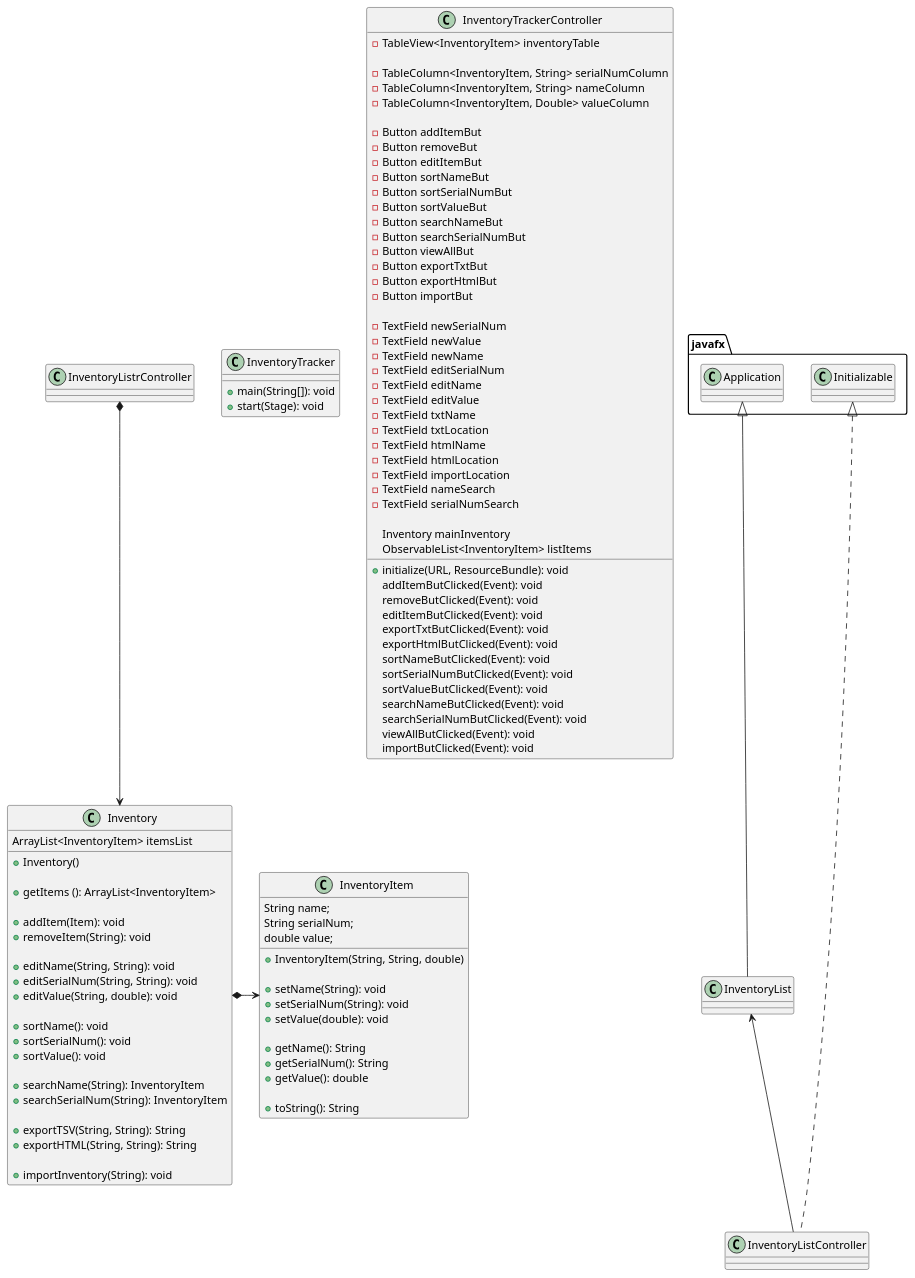
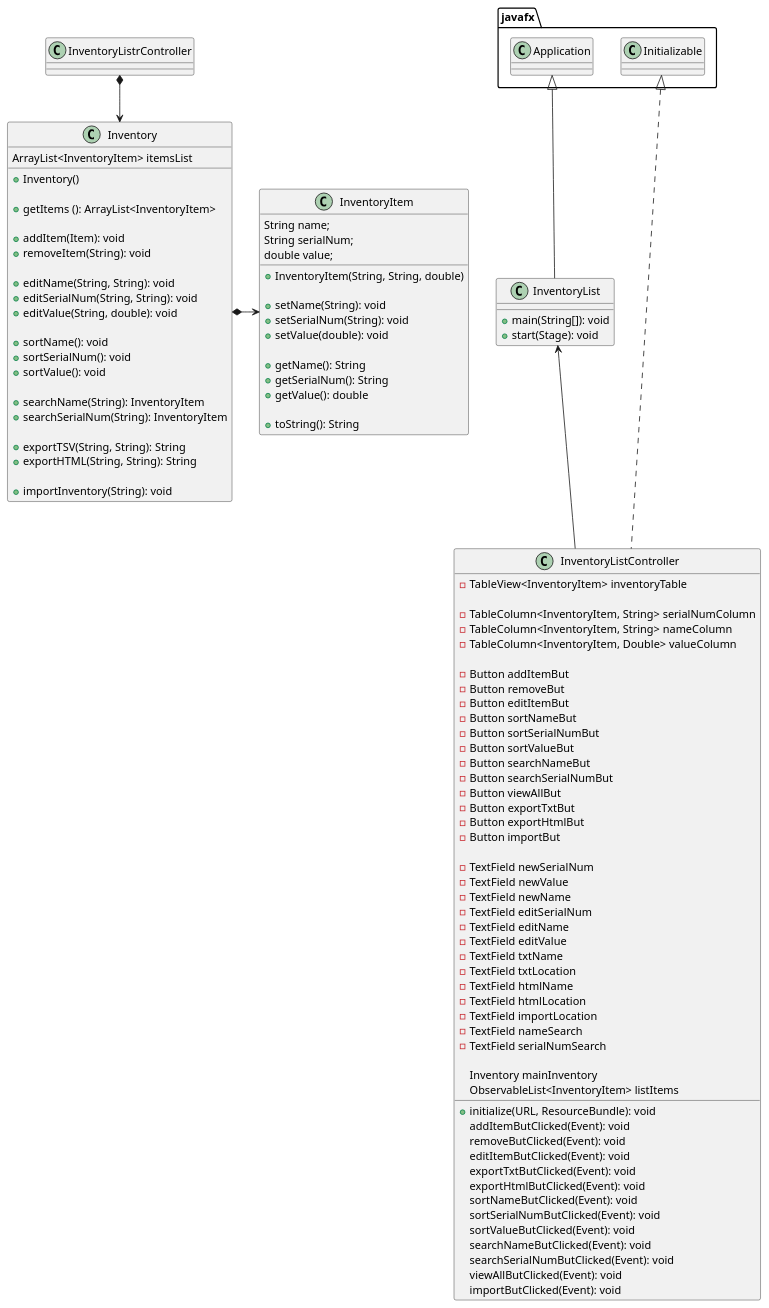
One commit to graciebliss/bliss-6995-a5 changed the diagram in diagrams.puml. Above: the diagram before and after it, drawn with PlantUML.

```diff
--- a/diagrams.puml
+++ b/diagrams.puml
@@ -1,113 +1,113 @@
 @startuml
 'https://plantuml.com/class-diagram
 
-class InventoryTracker {
+class InventoryList {
     + main(String[]): void
     + start(Stage): void
 }
 
-class InventoryTrackerController {
+class InventoryListController {
 
      - TableView<InventoryItem> inventoryTable
 
      - TableColumn<InventoryItem, String> serialNumColumn
      - TableColumn<InventoryItem, String> nameColumn
      - TableColumn<InventoryItem, Double> valueColumn
 
      - Button addItemBut
      - Button removeBut
      - Button editItemBut
      - Button sortNameBut
      - Button sortSerialNumBut
      - Button sortValueBut
      - Button searchNameBut
      - Button searchSerialNumBut
      - Button viewAllBut
      - Button exportTxtBut
      - Button exportHtmlBut
      - Button importBut
 
      - TextField newSerialNum
      - TextField newValue
      - TextField newName
      - TextField editSerialNum
      - TextField editName
      - TextField editValue
      - TextField txtName
      - TextField txtLocation
      - TextField htmlName
      - TextField htmlLocation
      - TextField importLocation
      - TextField nameSearch
      - TextField serialNumSearch
 
      Inventory mainInventory
      ObservableList<InventoryItem> listItems
 
      +initialize(URL, ResourceBundle): void
      addItemButClicked(Event): void
      removeButClicked(Event): void
      editItemButClicked(Event): void
      exportTxtButClicked(Event): void
      exportHtmlButClicked(Event): void
      sortNameButClicked(Event): void
      sortSerialNumButClicked(Event): void
      sortValueButClicked(Event): void
      searchNameButClicked(Event): void
      searchSerialNumButClicked(Event): void
      viewAllButClicked(Event): void
      importButClicked(Event): void
 }
 
 class Inventory {
     ArrayList<InventoryItem> itemsList
 
     + Inventory()
 
     + getItems (): ArrayList<InventoryItem>
 
     + addItem(Item): void
     + removeItem(String): void
 
     + editName(String, String): void
     + editSerialNum(String, String): void
     + editValue(String, double): void
 
     + sortName(): void
     + sortSerialNum(): void
     + sortValue(): void
 
     + searchName(String): InventoryItem
     + searchSerialNum(String): InventoryItem
 
     + exportTSV(String, String): String
     + exportHTML(String, String): String
 
     + importInventory(String): void
 }
 
 class InventoryItem {
     String name;
     String serialNum;
     double value;
 
     + InventoryItem(String, String, double)
 
     + setName(String): void
     + setSerialNum(String): void
     + setValue(double): void
 
     + getName(): String
     + getSerialNum(): String
     + getValue(): double
 
     + toString(): String
 }
 
 javafx.Application <|-- InventoryList
 javafx.Initializable <|... InventoryListController
 InventoryList <-- InventoryListController
 InventoryListrController *--> Inventory
 Inventory *-> InventoryItem
 
 @enduml
```
